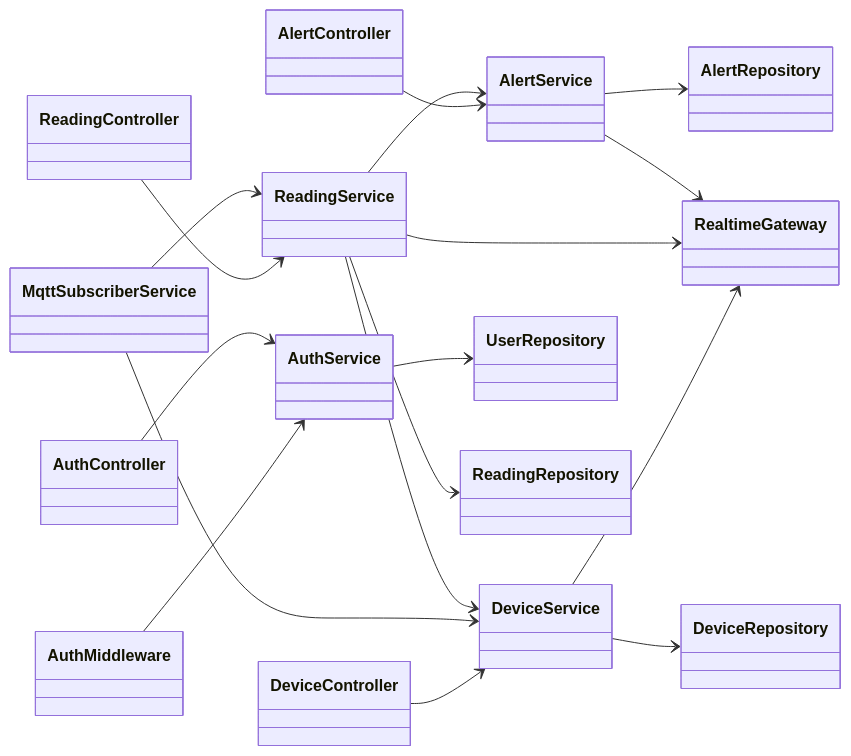
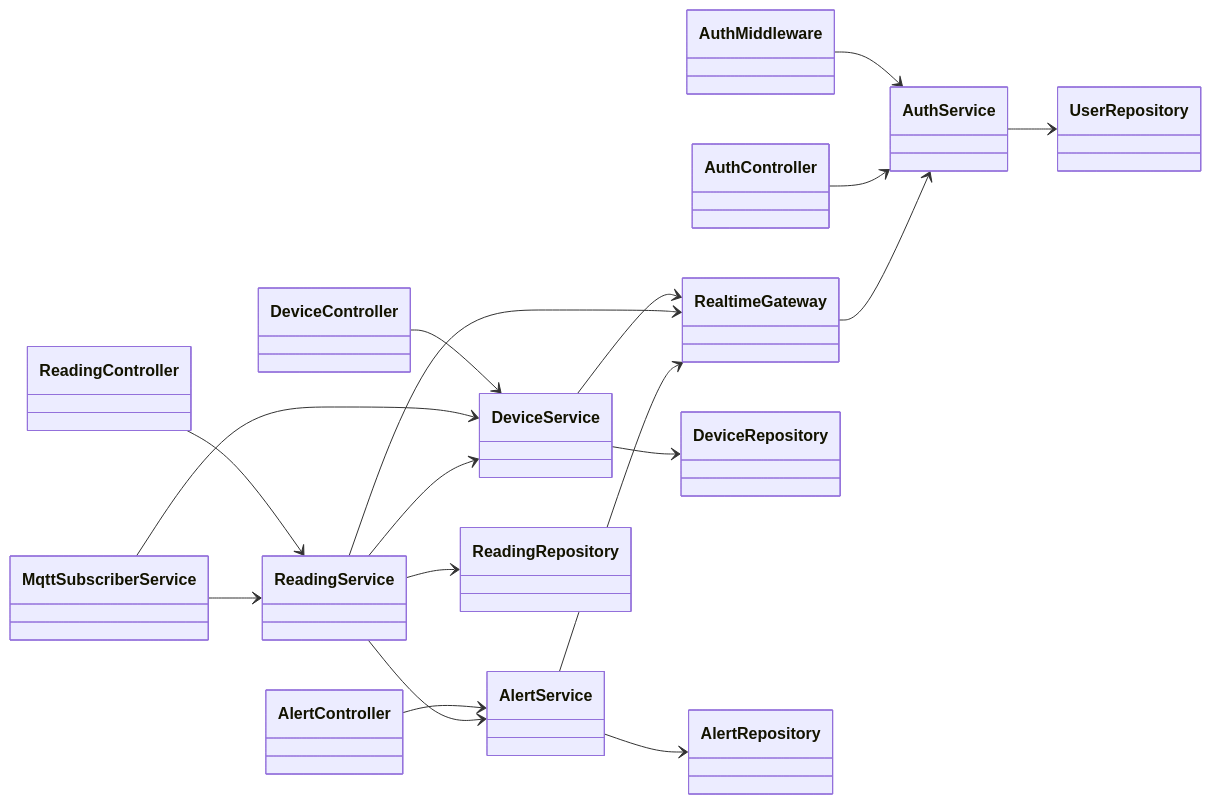
The first of 5 diagrams in docs/stage-3-Mermaid-UML-Class-Diagram.md (abdularhman2341/air-quality-monitoring-system), drawn with Mermaid before and after one commit. The commit also changed other lines of this file, not shown here.

Commit message:
Add ownership checks and device lookup to class diagram

````diff
--- a/docs/stage-3-Mermaid-UML-Class-Diagram.md
+++ b/docs/stage-3-Mermaid-UML-Class-Diagram.md
@@ -21,42 +24,44 @@
 ```mermaid
 classDiagram
     direction LR
 
     class AuthMiddleware
     class AuthController
     class DeviceController
     class ReadingController
     class AlertController
 
     class AuthService
     class DeviceService
     class ReadingService
     class AlertService
     class MqttSubscriberService
     class RealtimeGateway
 
     class UserRepository
     class DeviceRepository
     class ReadingRepository
     class AlertRepository
 
     AuthMiddleware --> AuthService
     AuthController --> AuthService
     DeviceController --> DeviceService
     ReadingController --> ReadingService
     AlertController --> AlertService
 
     MqttSubscriberService --> DeviceService
     MqttSubscriberService --> ReadingService
     ReadingService --> AlertService
     ReadingService --> DeviceService
 
     DeviceService --> RealtimeGateway
     ReadingService --> RealtimeGateway
     AlertService --> RealtimeGateway
 
+    RealtimeGateway --> AuthService
+
     AuthService --> UserRepository
     DeviceService --> DeviceRepository
     ReadingService --> ReadingRepository
     AlertService --> AlertRepository
 ```
````
